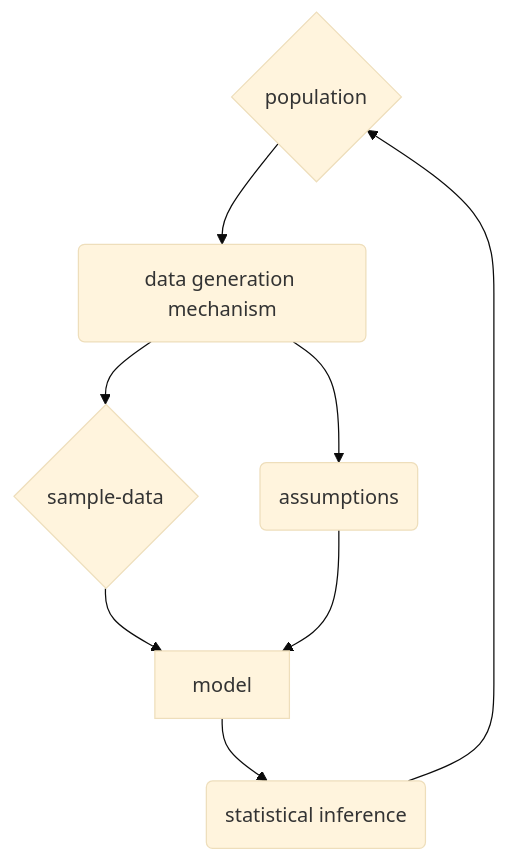
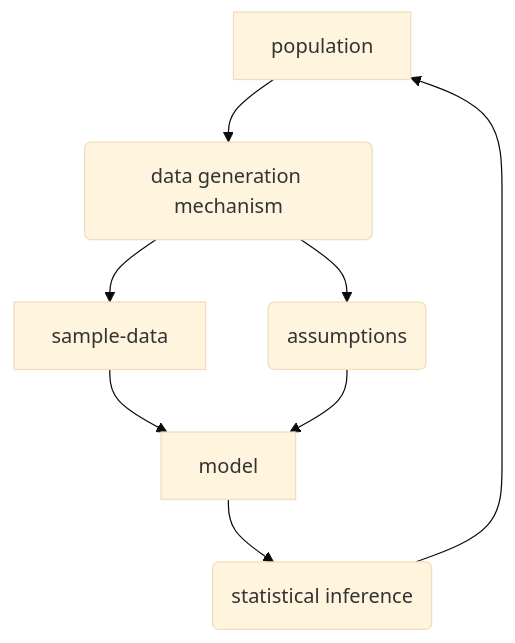
Before and after one commit to mstasinopoulos/GrossaryForDR: the sixth of 18 diagrams in Glossary of distributional regression.qmd, drawn with Mermaid (base theme). The commit also changed other lines of this file, not shown here.

````diff
--- a/Glossary of distributional regression.qmd
+++ b/Glossary of distributional regression.qmd
@@ -1681,19 +1904,19 @@
 ```{mermaid}
+%%| fig-width: 2
 %%| fig-cap: "Statistical inference: how to go from the sample to the population."
-%%| fig-width: 5
 %%| label: fig-population
 flowchart TB
-  P{population} 
+  P[population] 
   D(data generation mechanism)  
-  S{sample-data} 
+  S[sample-data] 
   M[model] 
   I(statistical inference)
   A(assumptions)
   P --> D
   D --> S
   S --> M
   M --> I
   I --> P
   A --> M
   D --> A
 ```
````
